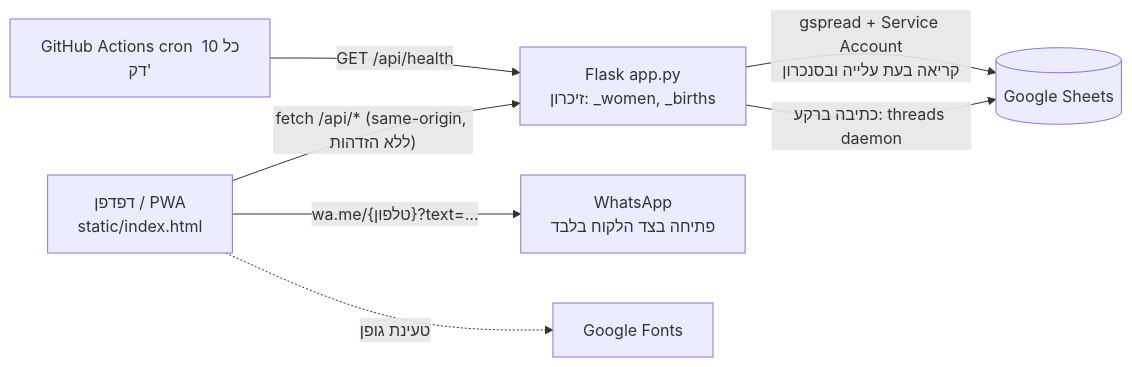
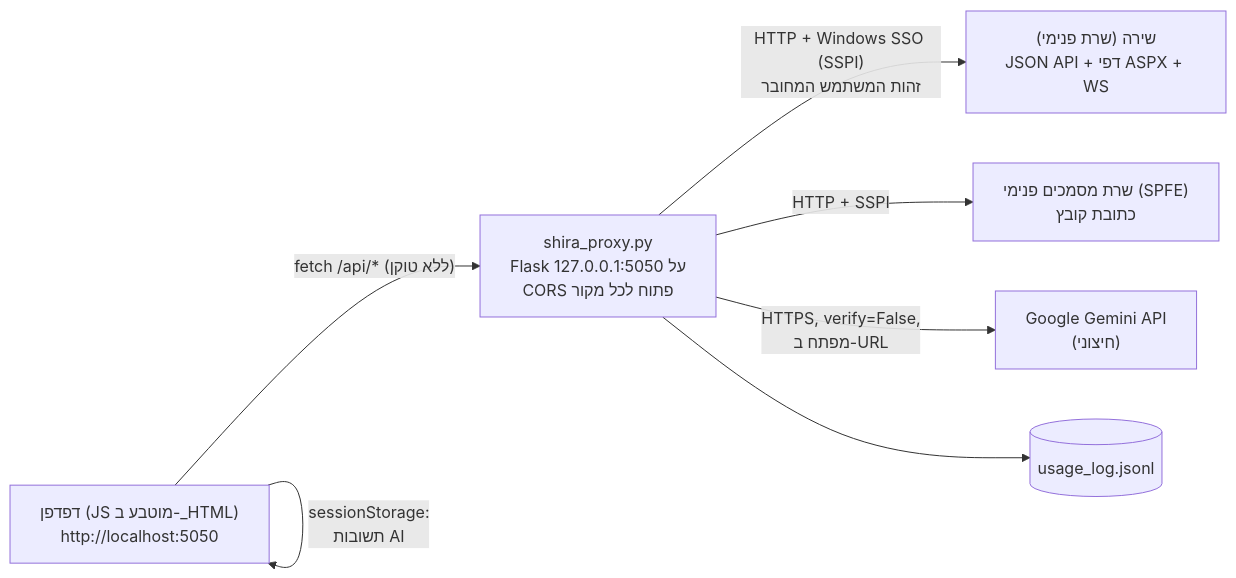
Before and after one commit to eys2005-afk/chesed-app: the diagram in PROJECT_AUDIT_CONTEXT.md, drawn with Mermaid. The commit also changed other lines of this file, not shown here.

First line of the commit message:
Rewrite PROJECT_AUDIT_CONTEXT.md to cover SHIRA-AI shira_proxy.py

````diff
--- a/PROJECT_AUDIT_CONTEXT.md
+++ b/PROJECT_AUDIT_CONTEXT.md
@@ -87,9 +76,9 @@
 ```mermaid
 flowchart LR
-  U[דפדפן / PWA<br/>static/index.html] -- "fetch /api/* (same-origin, ללא הזדהות)" --> F[Flask app.py<br/>זיכרון: _women, _births]
-  F -- "gspread + Service Account<br/>קריאה בעת עלייה ובסנכרון" --> S[(Google Sheets)]
-  F -- "כתיבה ברקע: threads daemon" --> S
-  U -- "wa.me/{טלפון}?text=..." --> W[WhatsApp<br/>פתיחה בצד הלקוח בלבד]
-  G[GitHub Actions cron כל 10 דק'] -- "GET /api/health" --> F
-  U -. "טעינת גופן" .-> GF[Google Fonts]
+  B["דפדפן (JS מוטבע ב-_HTML)<br/>http://localhost:5050"] -- "fetch /api/* (ללא טוקן)" --> P["shira_proxy.py<br/>Flask על 127.0.0.1:5050<br/>CORS פתוח לכל מקור"]
+  P -- "HTTP + Windows SSO (SSPI)<br/>זהות המשתמש המחובר" --> S["שירה (שרת פנימי)<br/>JSON API + דפי ASPX + WS"]
+  P -- "HTTP + SSPI" --> D["שרת מסמכים פנימי (SPFE)<br/>כתובת קובץ"]
+  P -- "HTTPS, verify=False,<br/>מפתח ב-URL" --> G["Google Gemini API<br/>(חיצוני)"]
+  P --> L[("usage_log.jsonl")]
+  B -- "sessionStorage:<br/>תשובות AI" --> B
 ```
````
